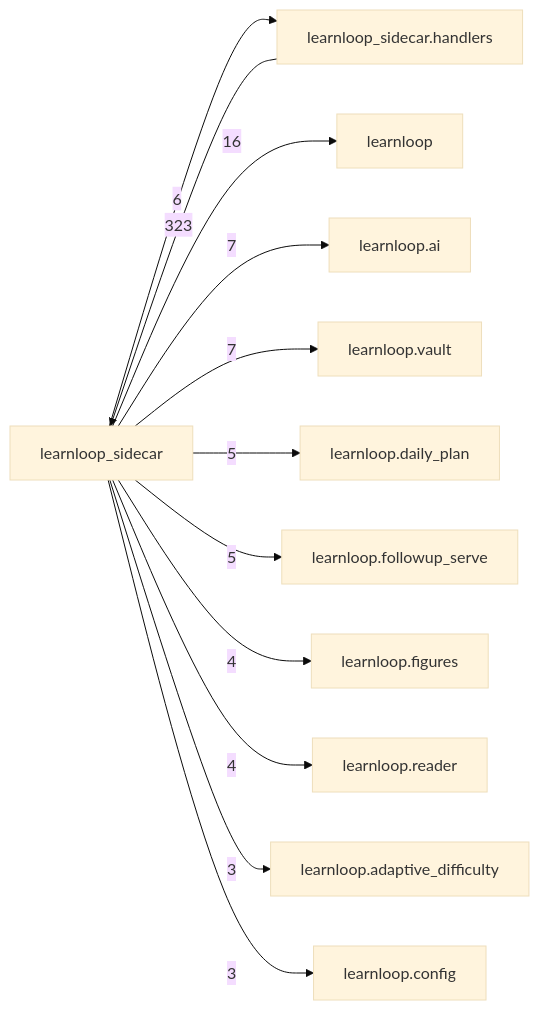
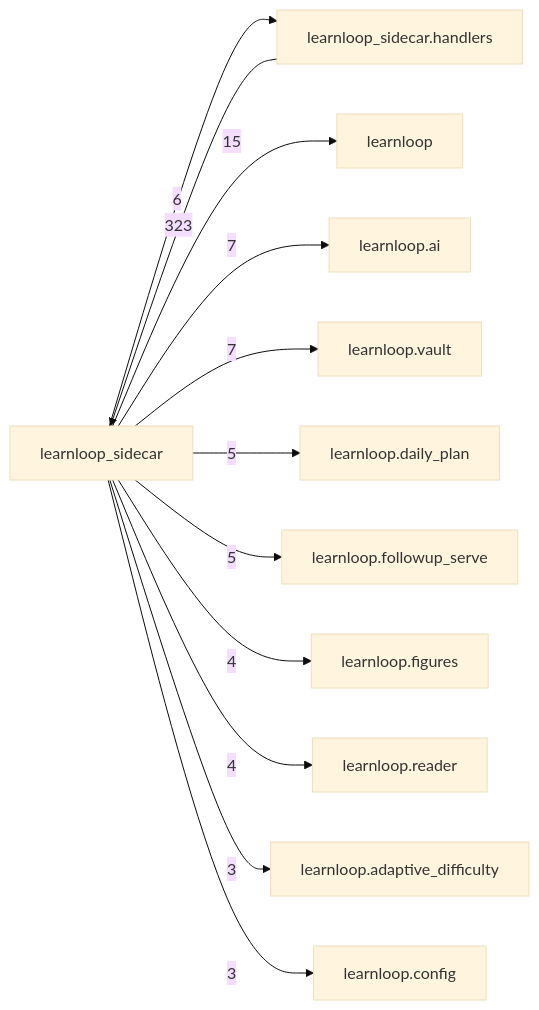
One commit to 6up-b/learnanything changed the diagram in docs/learnloop-architecture-vault/Reference/Modules/learnloop_sidecar/_package.md. Above: the diagram before and after it, drawn with Mermaid (base theme). The commit also changed other lines of this file and 88 other files, not shown here.

````diff
--- a/docs/learnloop-architecture-vault/Reference/Modules/learnloop_sidecar/_package.md
+++ b/docs/learnloop-architecture-vault/Reference/Modules/learnloop_sidecar/_package.md
@@ -128,25 +128,25 @@
 ```mermaid
 flowchart LR
     center["learnloop_sidecar"]
     n_learnloop_sidecar_handlers["learnloop_sidecar.handlers"]
     n_learnloop["learnloop"]
     n_learnloop_ai["learnloop.ai"]
     n_learnloop_vault["learnloop.vault"]
     n_learnloop_daily_plan["learnloop.daily_plan"]
     n_learnloop_followup_serve["learnloop.followup_serve"]
     n_learnloop_figures["learnloop.figures"]
     n_learnloop_reader["learnloop.reader"]
     n_learnloop_adaptive_difficulty["learnloop.adaptive_difficulty"]
     n_learnloop_config["learnloop.config"]
     n_learnloop_sidecar_handlers -->|323| center
     center -->|6| n_learnloop_sidecar_handlers
-    center -->|16| n_learnloop
+    center -->|15| n_learnloop
     center -->|7| n_learnloop_ai
     center -->|7| n_learnloop_vault
     center -->|5| n_learnloop_daily_plan
     center -->|5| n_learnloop_followup_serve
     center -->|4| n_learnloop_figures
     center -->|4| n_learnloop_reader
     center -->|3| n_learnloop_adaptive_difficulty
     center -->|3| n_learnloop_config
 ```
````
